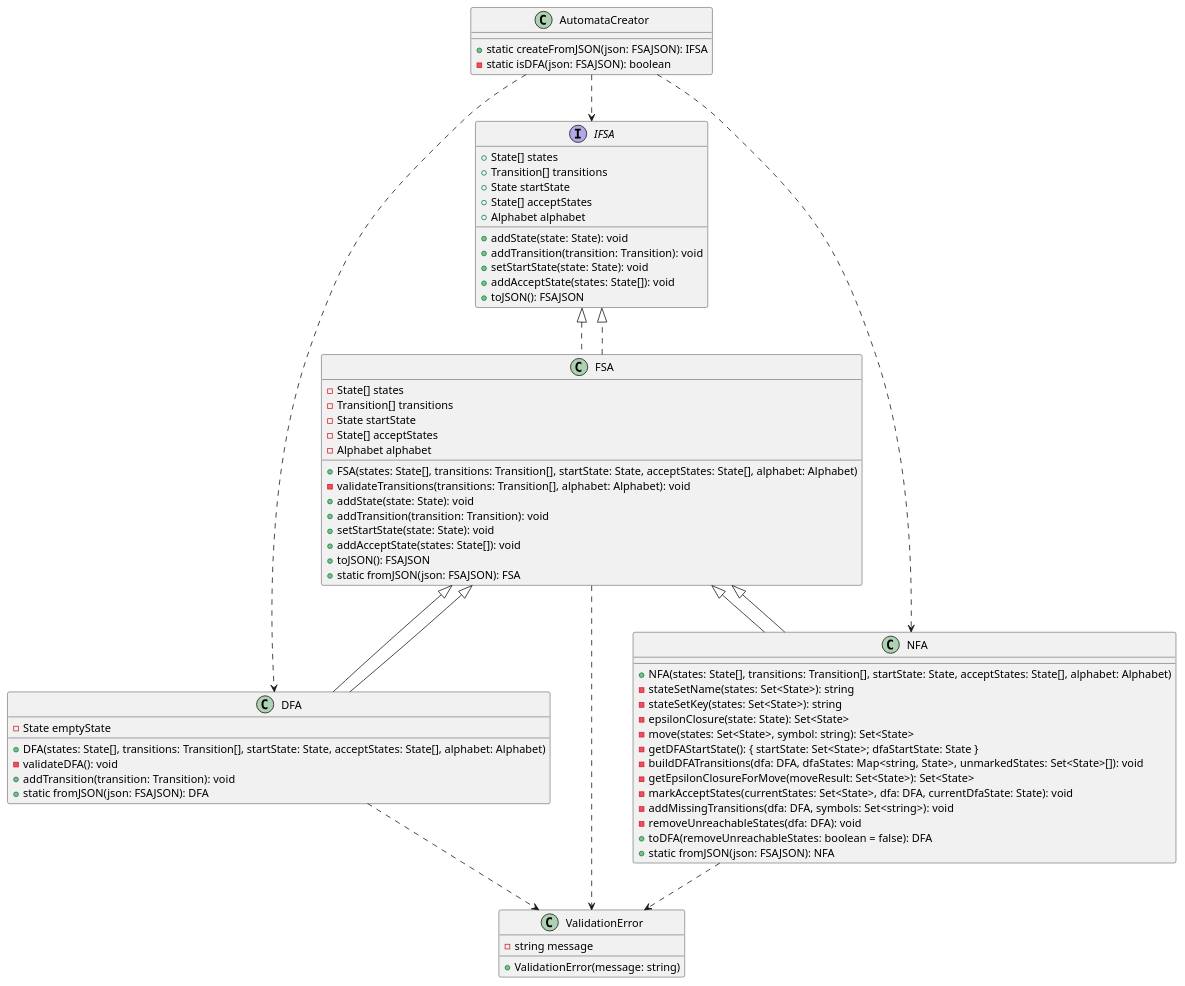
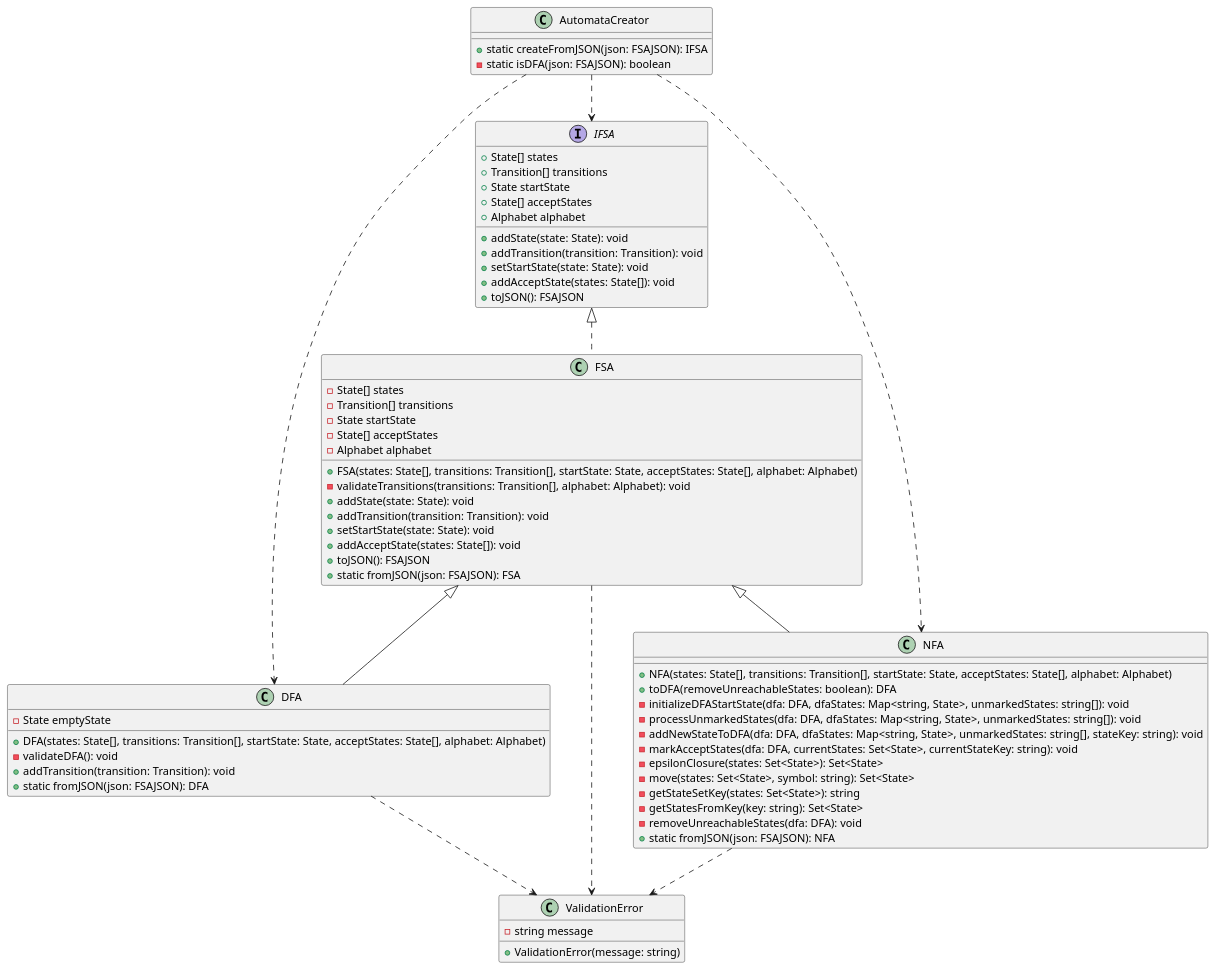
Before and after one commit to yalperg/otomat: the diagram in docs/architecture.puml, drawn with PlantUML. The commit also changed 3 other files, not shown here.

```diff
--- a/docs/architecture.puml
+++ b/docs/architecture.puml
@@ -1,77 +1,73 @@
 @startuml architecture
 
 interface IFSA {
   + State[] states
   + Transition[] transitions
   + State startState
   + State[] acceptStates
   + Alphabet alphabet
   + addState(state: State): void
   + addTransition(transition: Transition): void
   + setStartState(state: State): void
   + addAcceptState(states: State[]): void
   + toJSON(): FSAJSON
 }
 
 class FSA implements IFSA {
   - State[] states
   - Transition[] transitions
   - State startState
   - State[] acceptStates
   - Alphabet alphabet
   + FSA(states: State[], transitions: Transition[], startState: State, acceptStates: State[], alphabet: Alphabet)
   - validateTransitions(transitions: Transition[], alphabet: Alphabet): void
   + addState(state: State): void
   + addTransition(transition: Transition): void
   + setStartState(state: State): void
   + addAcceptState(states: State[]): void
   + toJSON(): FSAJSON
   + static fromJSON(json: FSAJSON): FSA
 }
 
 class DFA extends FSA {
   - State emptyState
   + DFA(states: State[], transitions: Transition[], startState: State, acceptStates: State[], alphabet: Alphabet)
   - validateDFA(): void
   + addTransition(transition: Transition): void
   + static fromJSON(json: FSAJSON): DFA
 }
 
 class NFA extends FSA {
   + NFA(states: State[], transitions: Transition[], startState: State, acceptStates: State[], alphabet: Alphabet)
-  - stateSetName(states: Set<State>): string
-  - stateSetKey(states: Set<State>): string
-  - epsilonClosure(state: State): Set<State>
+  + toDFA(removeUnreachableStates: boolean): DFA
+  - initializeDFAStartState(dfa: DFA, dfaStates: Map<string, State>, unmarkedStates: string[]): void
+  - processUnmarkedStates(dfa: DFA, dfaStates: Map<string, State>, unmarkedStates: string[]): void
+  - addNewStateToDFA(dfa: DFA, dfaStates: Map<string, State>, unmarkedStates: string[], stateKey: string): void
+  - markAcceptStates(dfa: DFA, currentStates: Set<State>, currentStateKey: string): void
+  - epsilonClosure(states: Set<State>): Set<State>
   - move(states: Set<State>, symbol: string): Set<State>
-  - getDFAStartState(): { startState: Set<State>; dfaStartState: State }
-  - buildDFATransitions(dfa: DFA, dfaStates: Map<string, State>, unmarkedStates: Set<State>[]): void
-  - getEpsilonClosureForMove(moveResult: Set<State>): Set<State>
-  - markAcceptStates(currentStates: Set<State>, dfa: DFA, currentDfaState: State): void
-  - addMissingTransitions(dfa: DFA, symbols: Set<string>): void
+  - getStateSetKey(states: Set<State>): string
+  - getStatesFromKey(key: string): Set<State>
   - removeUnreachableStates(dfa: DFA): void
-  + toDFA(removeUnreachableStates: boolean = false): DFA
   + static fromJSON(json: FSAJSON): NFA
 }
 
 class AutomataCreator {
   + static createFromJSON(json: FSAJSON): IFSA
   - static isDFA(json: FSAJSON): boolean
 }
 
 class ValidationError {
   - string message
   + ValidationError(message: string)
 }
 
 
-FSA <|-- DFA
-FSA <|-- NFA
-FSA ..|> IFSA
 FSA ..> ValidationError
 DFA ..> ValidationError
 NFA ..> ValidationError
 AutomataCreator ..> IFSA
 AutomataCreator ..> DFA
 AutomataCreator ..> NFA
 
 @enduml
```
